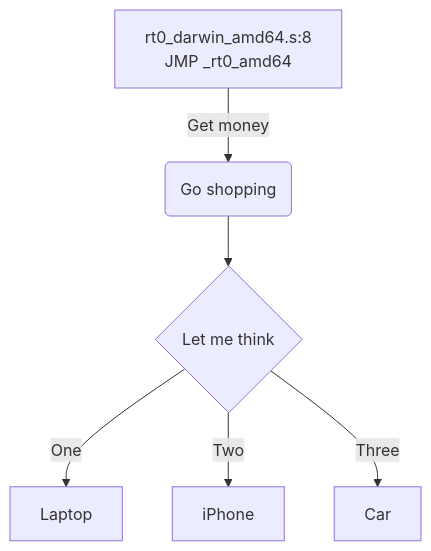
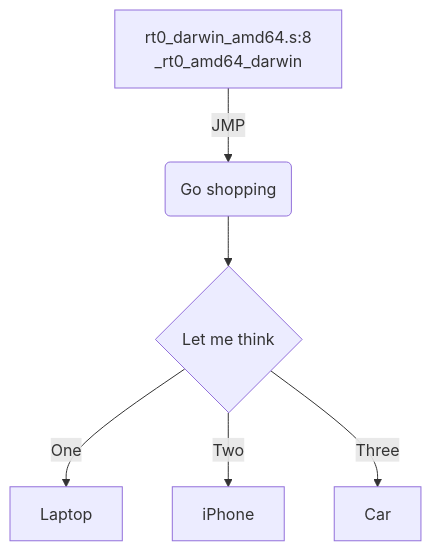
Before and after one commit to cch123/golang-notes: the diagram in bootstrap.md, drawn with Mermaid. The commit also changed other lines of this file, not shown here.

````diff
--- a/bootstrap.md
+++ b/bootstrap.md
@@ -100,8 +99,8 @@
 ```mermaid
 graph TD
-A[rt0_darwin_amd64.s:8<br/>JMP _rt0_amd64] -->|Get money| B(Go shopping)
+A[rt0_darwin_amd64.s:8<br/>_rt0_amd64_darwin] -->|JMP| B(Go shopping)
 B --> C{Let me think}
 C -->|One| D[Laptop]
 C -->|Two| E[iPhone]
 C -->|Three| F[Car]
 ```
````
